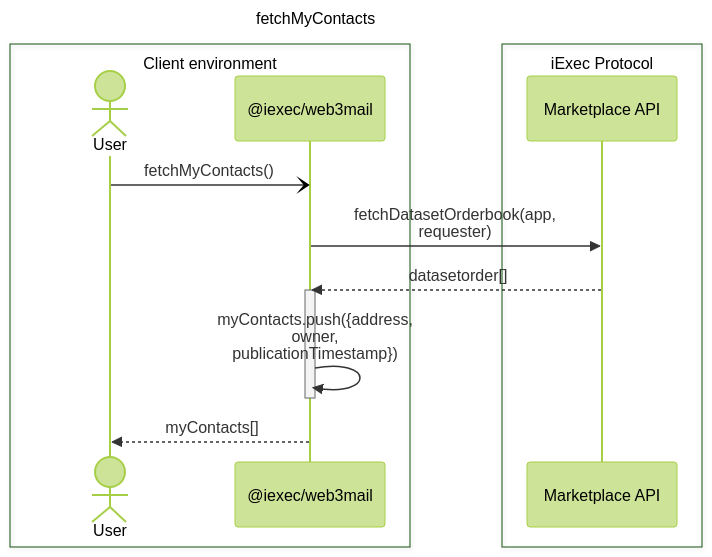
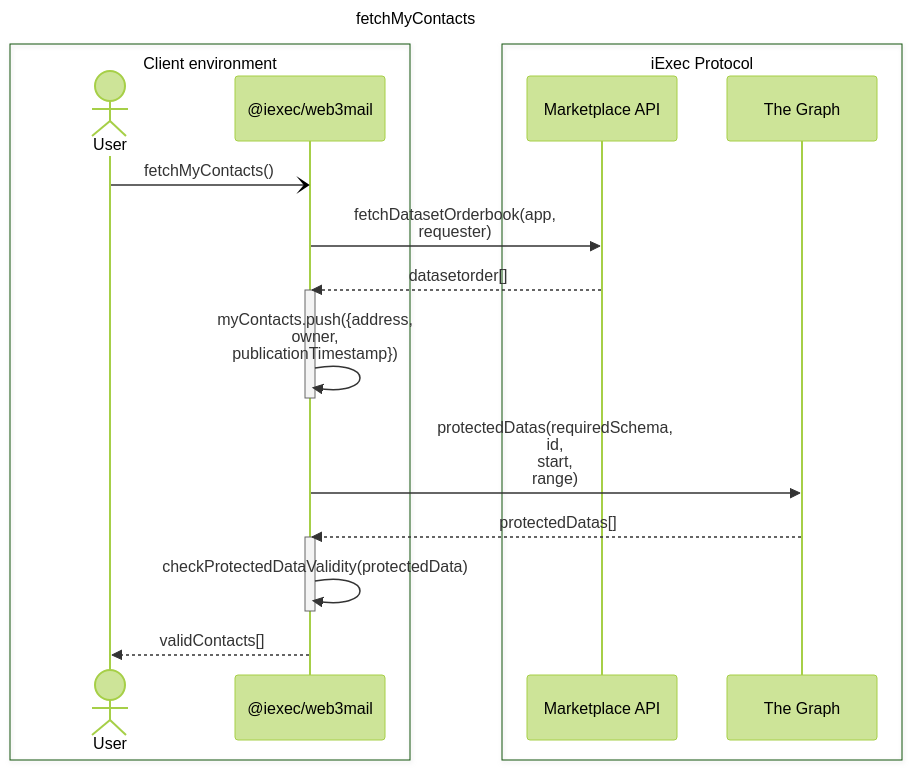
Before and after one commit to iExecBlockchainComputing/web3mail-sdk: the diagram in technical-design/uml/sequence-fetchMyContacts.md, drawn with Mermaid (forest theme). The commit also changed 3 other files, not shown here.

````diff
--- a/technical-design/uml/sequence-fetchMyContacts.md
+++ b/technical-design/uml/sequence-fetchMyContacts.md
@@ -3,26 +3,38 @@
 ```mermaid
 sequenceDiagram
     title fetchMyContacts
 
     box Client environment
         actor User
         participant SDK as @iexec/web3mail
     end
     box iExec Protocol
         participant Market as Marketplace API
+        participant Graph as The Graph
     end
 
     User -) SDK: fetchMyContacts()
 
     SDK ->> Market: fetchDatasetOrderbook(app,<br>requester)
 
     Market -->> SDK : datasetorder[]
 
     activate SDK
 
     SDK ->> SDK: myContacts.push({address,<br> owner, <br>publicationTimestamp})
 
     deactivate SDK
 
-    SDK -->> User: myContacts[]
+    SDK ->> Graph: protectedDatas(requiredSchema,<br>id,<br>start,<br>range)
+
+    Graph -->> SDK: protectedDatas[]
+
+    activate SDK
+
+    SDK ->> SDK: checkProtectedDataValidity(protectedData)
+
+    deactivate SDK
+    
+
+    SDK -->> User: validContacts[]
 ```
````
